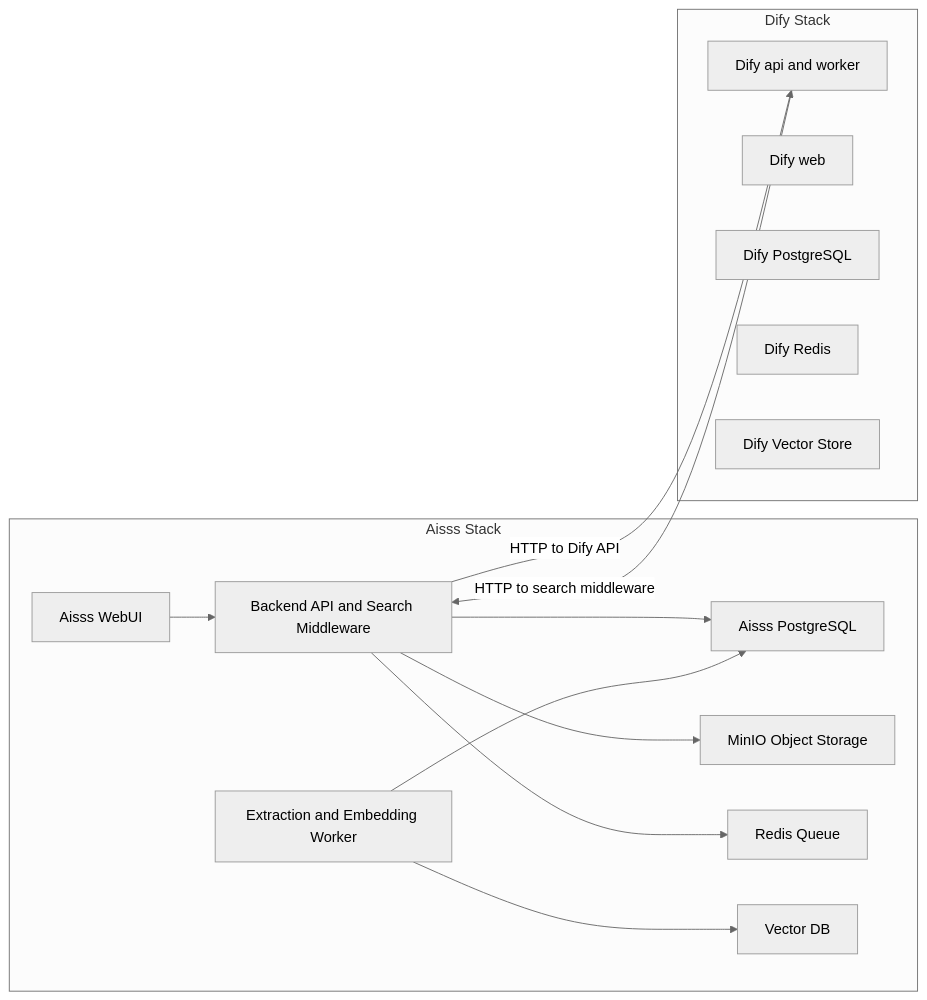
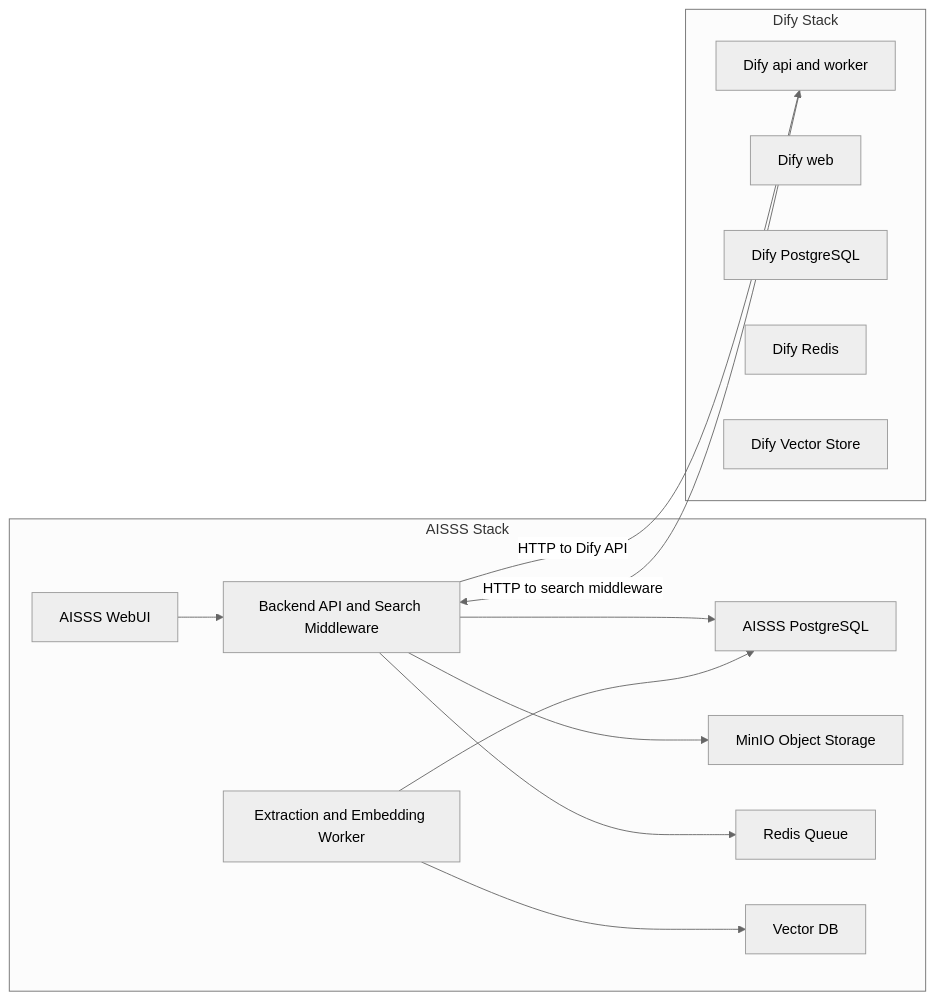
One commit to matrix9neonebuchadnezzar2199-sketch/Aisss changed the diagram in docs/13-deployment-docker.md. Above: the diagram before and after it, drawn with Mermaid (neutral theme). The commit also changed other lines of this file and 21 other files, not shown here.

First line of the commit message:
docs: adopt AISSS product name and add WebUI mockup

````diff
--- a/docs/13-deployment-docker.md
+++ b/docs/13-deployment-docker.md
@@ -18,27 +18,27 @@
 ```mermaid
 flowchart LR
-  subgraph aisssStack [Aisss Stack]
-    web["Aisss WebUI"]
+  subgraph aisssStack [AISSS Stack]
+    web["AISSS WebUI"]
     api["Backend API and Search Middleware"]
-    pg["Aisss PostgreSQL"]
+    pg["AISSS PostgreSQL"]
     minio["MinIO Object Storage"]
     redis["Redis Queue"]
     worker["Extraction and Embedding Worker"]
     vector["Vector DB"]
   end
   subgraph difyStack [Dify Stack]
     difyApi["Dify api and worker"]
     difyWeb["Dify web"]
     difyDb["Dify PostgreSQL"]
     difyRedis["Dify Redis"]
     difyVector["Dify Vector Store"]
   end
   difyApi -->|"HTTP to search middleware"| api
   api -->|"HTTP to Dify API"| difyApi
   web --> api
   api --> pg
   api --> minio
   api --> redis
   worker --> pg
   worker --> vector
 ```
````
